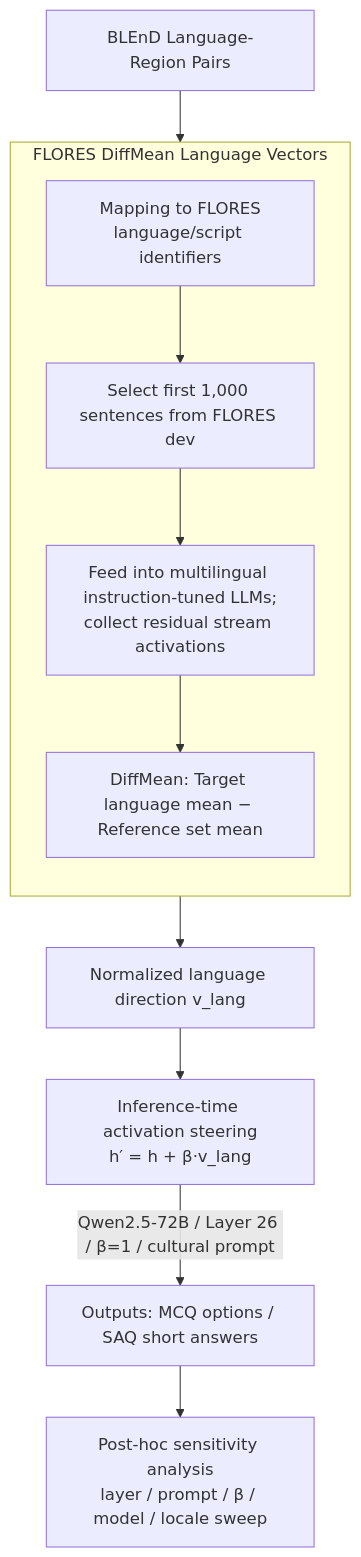
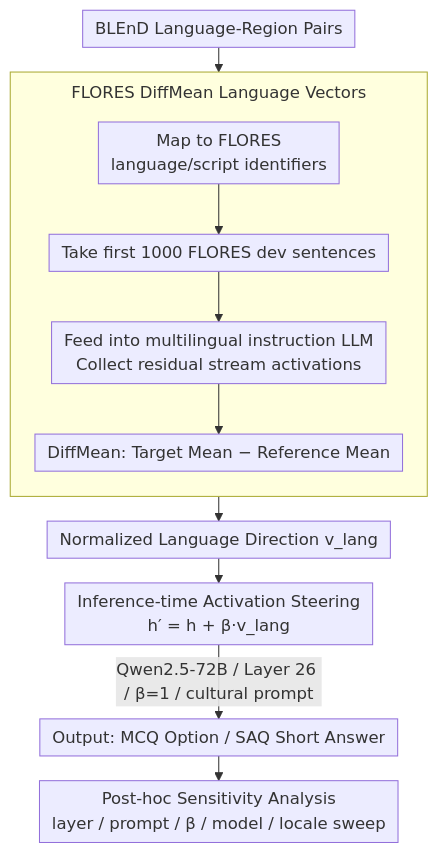
Before and after one commit to zhaoyang97/Paper-Notes-en: the diagram in docs/ACL2026/multilingual_mt/dfki-mlt_at_semeval-2026_task_7_steering_multilingual_models_towards_cultural_kn.md, drawn with Mermaid. The commit also changed other lines of this file and 5084 other files, not shown here.

````diff
--- a/docs/ACL2026/multilingual_mt/dfki-mlt_at_semeval-2026_task_7_steering_multilingual_models_towards_cultural_kn.md
+++ b/docs/ACL2026/multilingual_mt/dfki-mlt_at_semeval-2026_task_7_steering_multilingual_models_towards_cultural_kn.md
@@ -49,14 +49,15 @@
 ```mermaid
+%%{init: {'flowchart': {'rankSpacing': 24, 'nodeSpacing': 28, 'padding': 6, 'wrappingWidth': 400, 'subGraphTitleMargin': {'top': 8, 'bottom': 16}}}}%%
 flowchart TD
     A["BLEnD Language-Region Pairs"] --> S1
     subgraph S1["FLORES DiffMean Language Vectors"]
         direction TB
-        B["Mapping to FLORES<br/>language/script identifiers"] --> C["Select first 1,000 sentences from FLORES dev"]
-        C --> D["Feed into multilingual instruction-tuned LLMs;<br/>collect residual stream activations"]
-        D --> E["DiffMean: Target language mean − Reference set mean"]
+        B["Map to FLORES<br/>language/script identifiers"] --> C["Take first 1000 FLORES dev sentences"]
+        C --> D["Feed into multilingual instruction LLM<br/>Collect residual stream activations"]
+        D --> E["DiffMean: Target Mean − Reference Mean"]
     end
-    S1 --> F["Normalized language direction v_lang"]
-    F --> G["Inference-time activation steering<br/>h′ = h + β·v_lang"]
-    G -->|"Qwen2.5-72B / Layer 26 / β=1 / cultural prompt"| H["Outputs: MCQ options / SAQ short answers"]
-    H --> I["Post-hoc sensitivity analysis<br/>layer / prompt / β / model / locale sweep"]
+    S1 --> F["Normalized Language Direction v_lang"]
+    F --> G["Inference-time Activation Steering<br/>h′ = h + β·v_lang"]
+    G -->|"Qwen2.5-72B / Layer 26 / β=1 / cultural prompt"| H["Output: MCQ Option / SAQ Short Answer"]
+    H --> I["Post-hoc Sensitivity Analysis<br/>layer / prompt / β / model / locale sweep"]
 ```
````
